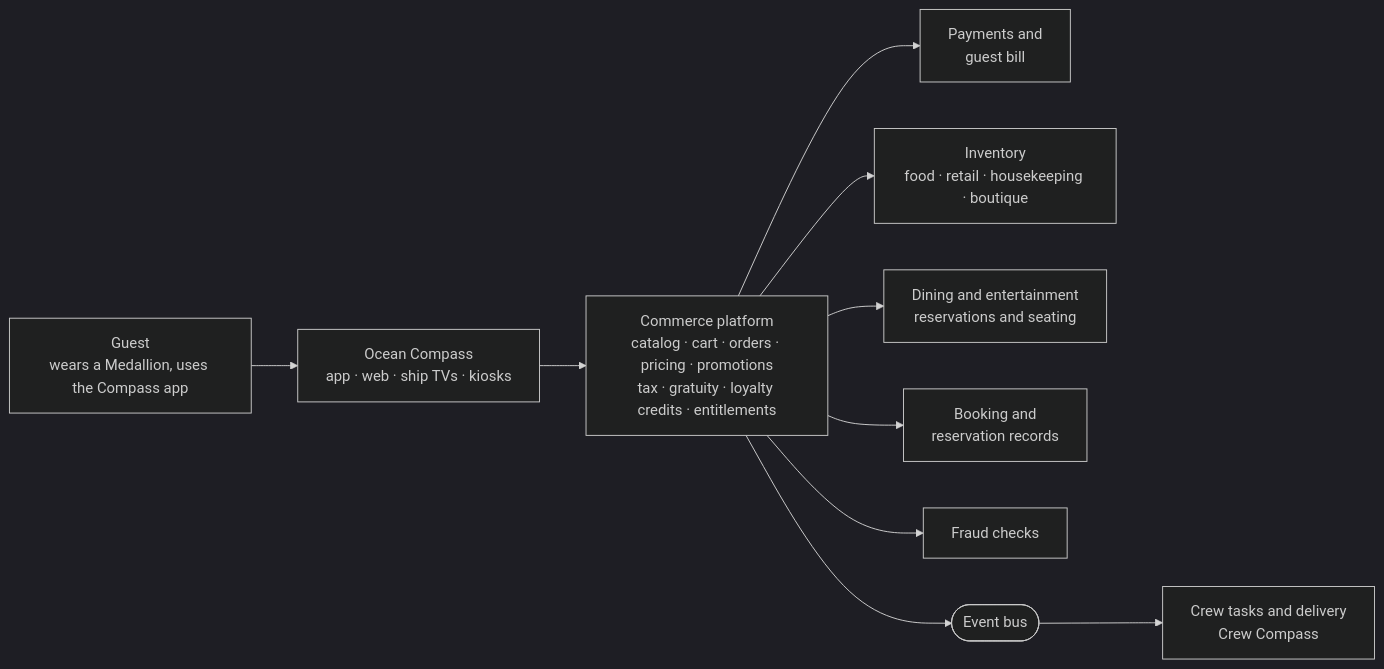
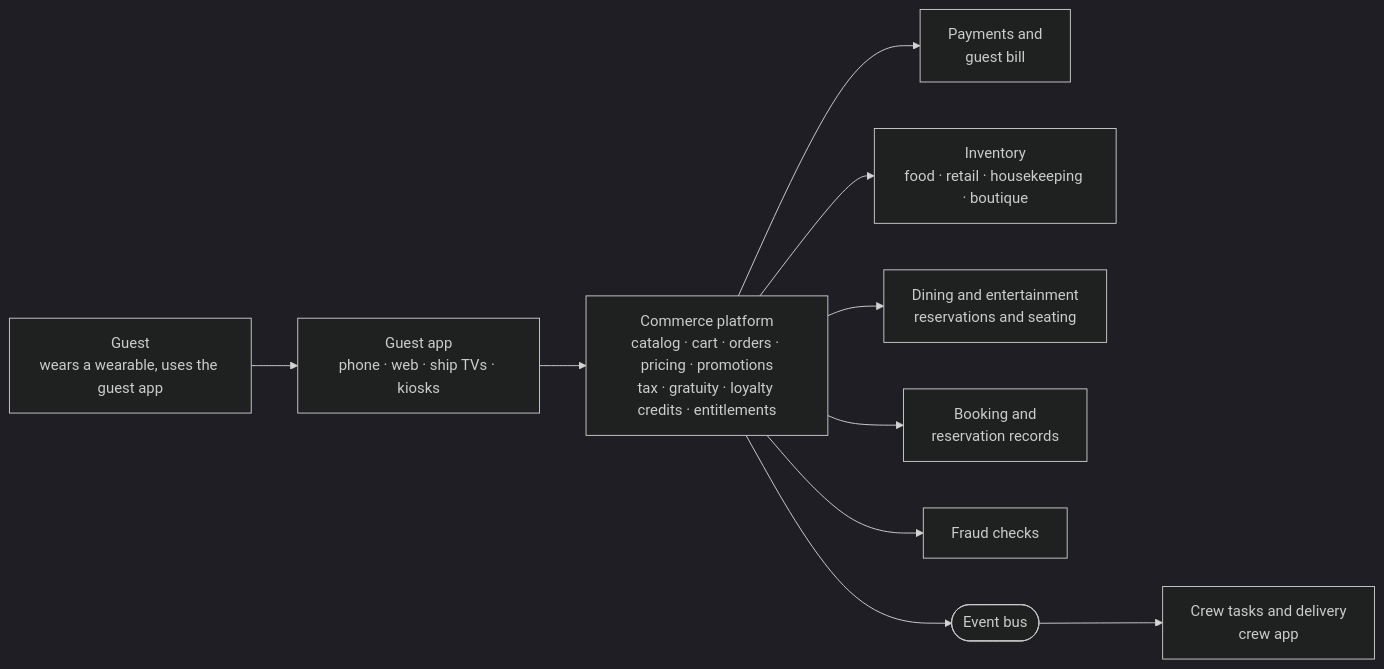
One commit to Debashish-Patra/Cruise-Commerce changed the diagram in README.md. Above: the diagram before and after it, drawn with Mermaid (dark theme). The commit also changed other lines of this file, not shown here.

````diff
--- a/README.md
+++ b/README.md
@@ -33,12 +33,12 @@
 ```mermaid
 flowchart LR
-    G["Guest<br/>wears a Medallion, uses the Compass app"] --> C["Ocean Compass<br/>app · web · ship TVs · kiosks"]
+    G["Guest<br/>wears a wearable, uses the guest app"] --> C["Guest app<br/>phone · web · ship TVs · kiosks"]
     C --> P["Commerce platform<br/>catalog · cart · orders · pricing · promotions<br/>tax · gratuity · loyalty credits · entitlements"]
     P --> PAY["Payments and<br/>guest bill"]
     P --> INV["Inventory<br/>food · retail · housekeeping · boutique"]
     P --> RES["Dining and entertainment<br/>reservations and seating"]
     P --> BOOK["Booking and<br/>reservation records"]
     P --> FR["Fraud checks"]
     P --> BUS(["Event bus"])
-    BUS --> CREW["Crew tasks and delivery<br/>Crew Compass"]
+    BUS --> CREW["Crew tasks and delivery<br/>crew app"]
 ```
````
